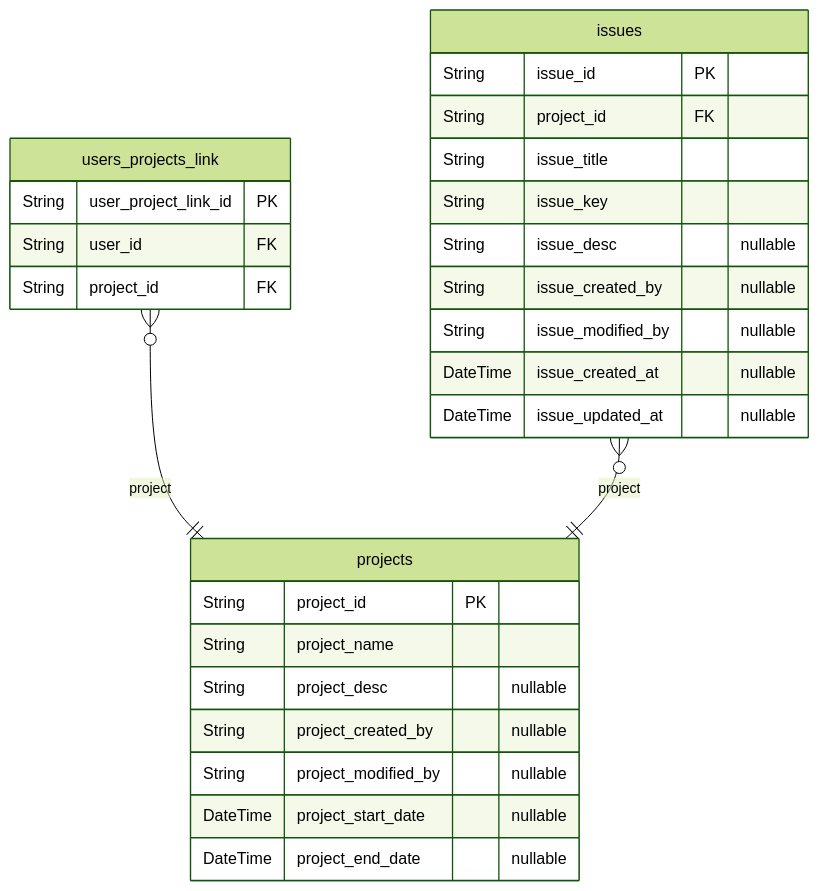
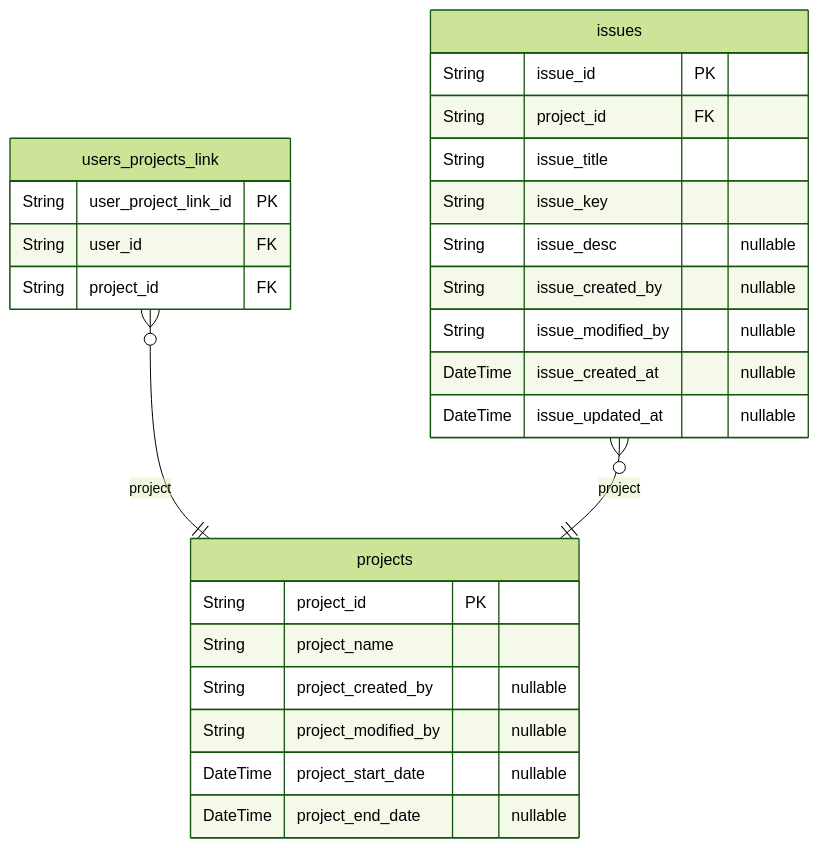
The second of 3 diagrams in docs/table-erd.md (jujoycode/hydra), drawn with Mermaid (forest theme) before and after one commit. The commit also changed other lines of this file and 148 other files, not shown here.

````diff
--- a/docs/table-erd.md
+++ b/docs/table-erd.md
@@ -128,30 +72,29 @@
 ```mermaid
 erDiagram
 "projects" {
   String project_id PK
   String project_name
-  String project_desc "nullable"
   String project_created_by "nullable"
   String project_modified_by "nullable"
   DateTime project_start_date "nullable"
   DateTime project_end_date "nullable"
 }
 "users_projects_link" {
   String user_project_link_id PK
   String user_id FK
   String project_id FK
 }
 "issues" {
   String issue_id PK
   String project_id FK
   String issue_title
   String issue_key
   String issue_desc "nullable"
   String issue_created_by "nullable"
   String issue_modified_by "nullable"
   DateTime issue_created_at "nullable"
   DateTime issue_updated_at "nullable"
 }
 "users_projects_link" }o--|| "projects" : project
 "issues" }o--|| "projects" : project
 ```
````
